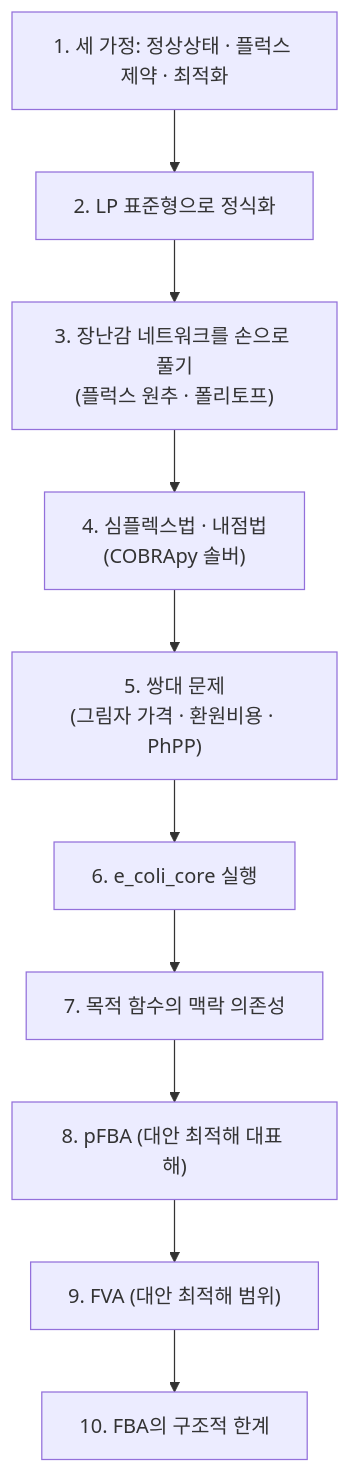
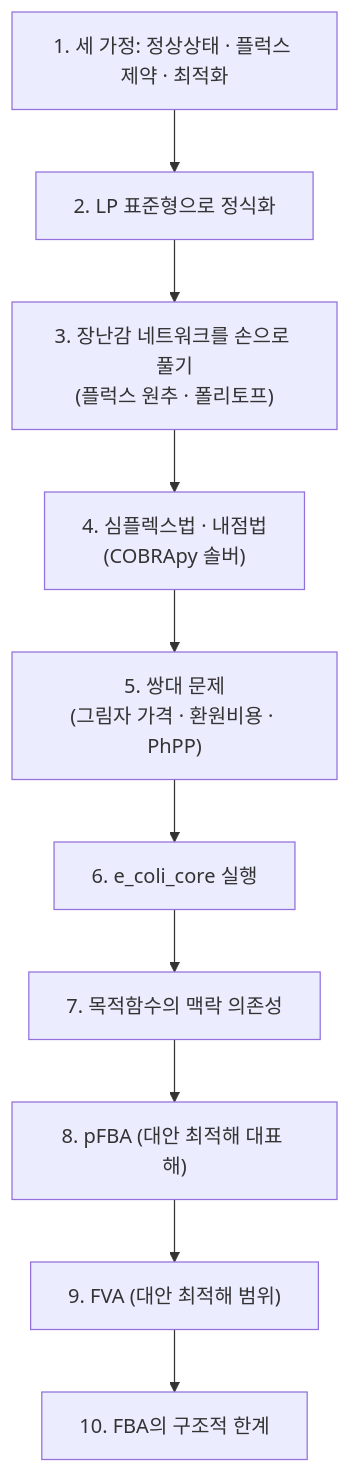
Before and after one commit to jyryu3161/ebook_metabolic_modeling: the diagram in chapter-4/01.md, drawn with Mermaid. The commit also changed other lines of this file and 11 other files, not shown here.

````diff
--- a/chapter-4/01.md
+++ b/chapter-4/01.md
@@ -87,12 +87,12 @@
 ```mermaid
 flowchart TD
     A["1. 세 가정: 정상상태 · 플럭스 제약 · 최적화"] --> B["2. LP 표준형으로 정식화"]
     B --> C["3. 장난감 네트워크를 손으로 풀기<br/>(플럭스 원추 · 폴리토프)"]
     C --> D["4. 심플렉스법 · 내점법<br/>(COBRApy 솔버)"]
     D --> E["5. 쌍대 문제<br/>(그림자 가격 · 환원비용 · PhPP)"]
     E --> F["6. e_coli_core 실행"]
-    F --> G["7. 목적 함수의 맥락 의존성"]
+    F --> G["7. 목적함수의 맥락 의존성"]
     G --> H["8. pFBA (대안 최적해 대표 해)"]
     H --> I["9. FVA (대안 최적해 범위)"]
     I --> J["10. FBA의 구조적 한계"]
 ```
````
